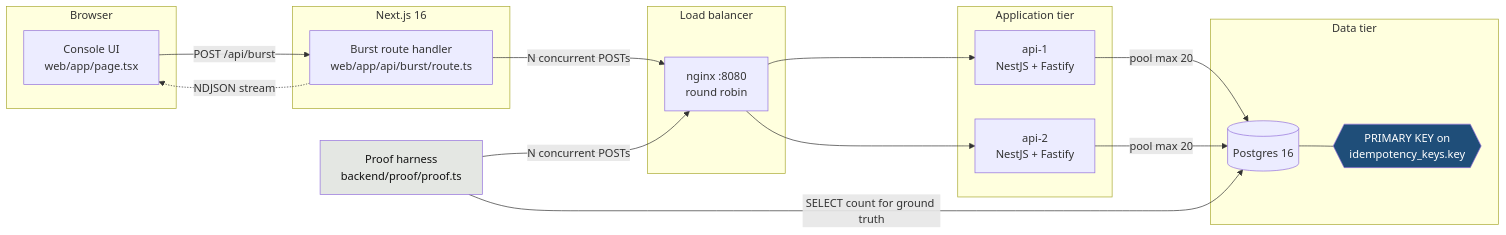
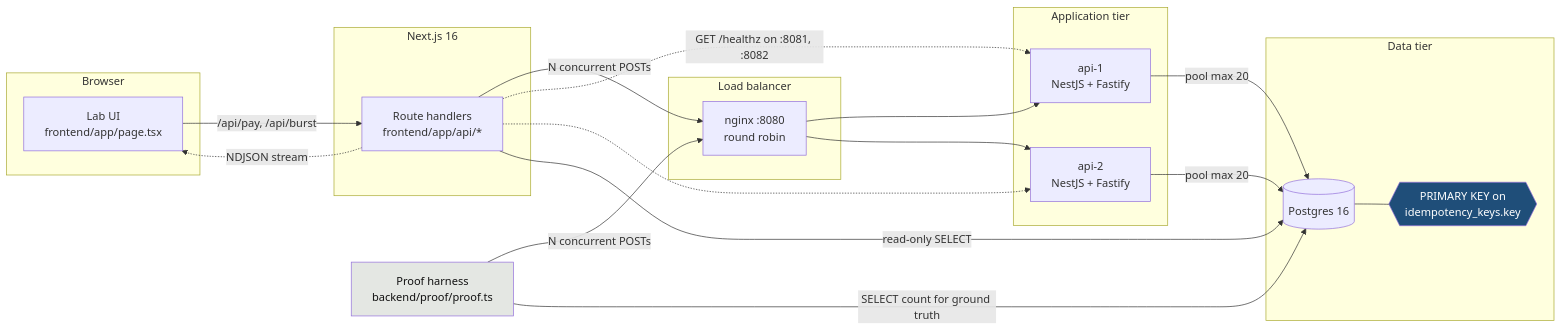
The first of 7 diagrams in README.md (Ridzzz0Alam/idempotent-payment), drawn with Mermaid before and after one commit. The commit also changed other lines of this file and 30 other files, not shown here.

````diff
--- a/README.md
+++ b/README.md
@@ -14,41 +14,44 @@
 ```mermaid
 flowchart LR
     subgraph browser["Browser"]
-        UI["Console UI<br/>web/app/page.tsx"]
+        UI["Lab UI<br/>frontend/app/page.tsx"]
     end
 
     subgraph next["Next.js 16"]
-        RH["Burst route handler<br/>web/app/api/burst/route.ts"]
+        RH["Route handlers<br/>frontend/app/api/*"]
     end
 
     subgraph edge["Load balancer"]
         NX["nginx :8080<br/>round robin"]
     end
 
     subgraph app["Application tier"]
         A1["api-1<br/>NestJS + Fastify"]
         A2["api-2<br/>NestJS + Fastify"]
     end
 
     subgraph data["Data tier"]
         PG[("Postgres 16")]
         IDX{{"PRIMARY KEY on<br/>idempotency_keys.key"}}
     end
 
     PROOF["Proof harness<br/>backend/proof/proof.ts"]
 
-    UI -->|"POST /api/burst"| RH
+    UI -->|"/api/pay, /api/burst"| RH
     RH -->|"N concurrent POSTs"| NX
     PROOF -->|"N concurrent POSTs"| NX
     RH -.->|"NDJSON stream"| UI
 
     NX --> A1
     NX --> A2
     A1 -->|"pool max 20"| PG
     A2 -->|"pool max 20"| PG
     PG --- IDX
+    RH -.->|"GET /healthz on :8081, :8082"| A1
+    RH -.-> A2
+    RH -->|"read-only SELECT"| PG
     PROOF -->|"SELECT count for ground truth"| PG
 
     style IDX fill:#1f4e79,color:#ffffff
     style PROOF fill:#e4e7e3,color:#111111
 ```
````
